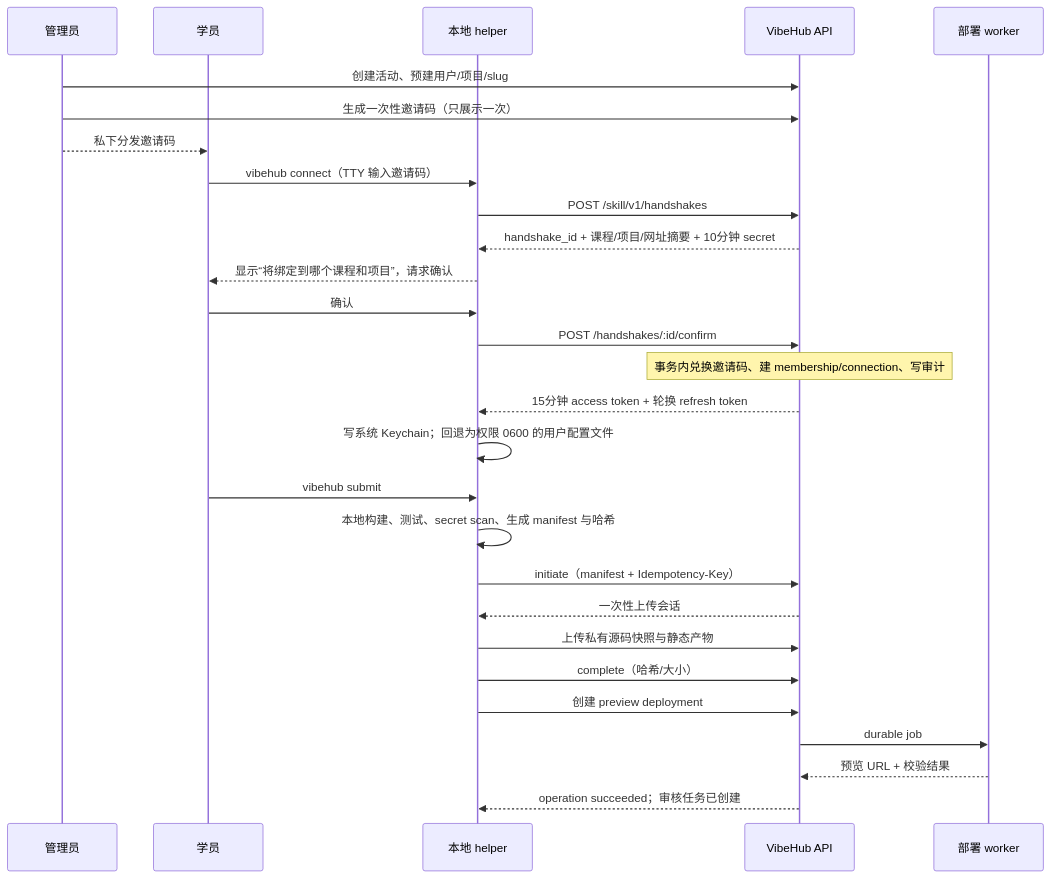
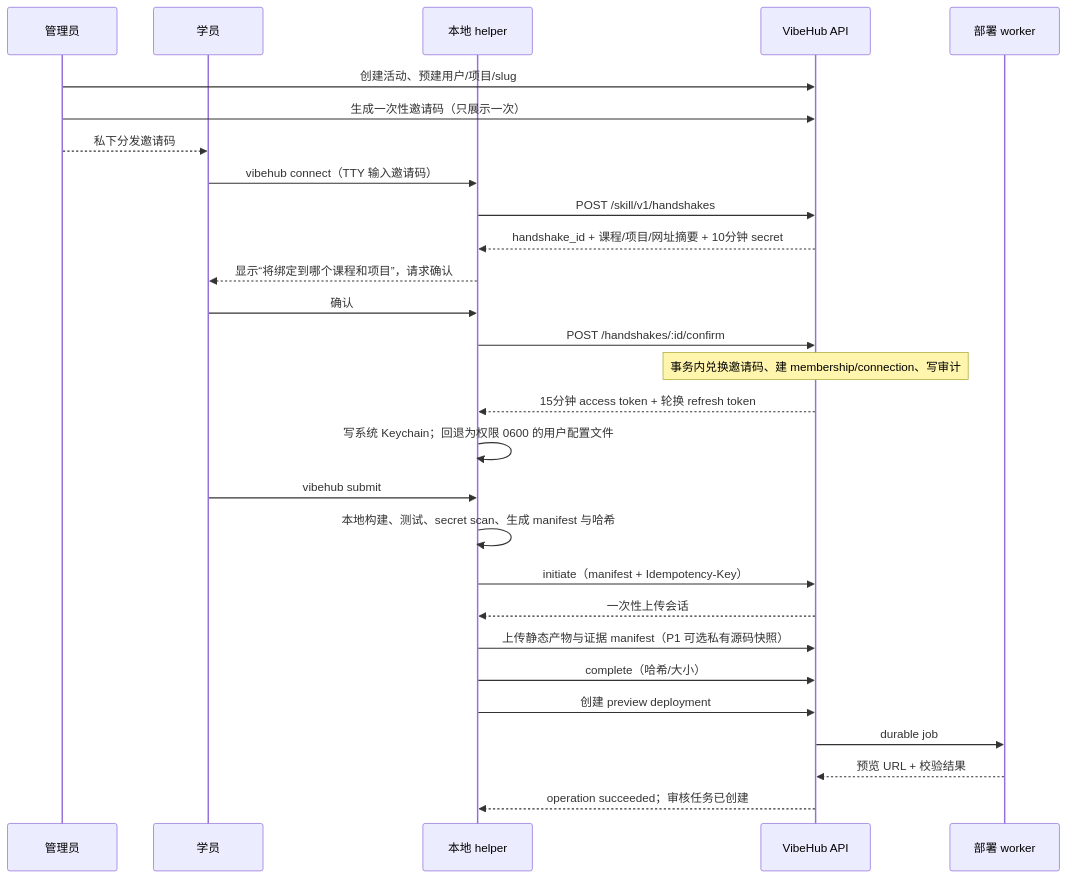
Before and after one commit to wangjialiang678/vibehub: the first of 2 diagrams in docs/research/codebase/architecture-proposal-codex-sol.md, drawn with Mermaid. The commit also changed other lines of this file and 23 other files, not shown here.

````diff
--- a/docs/research/codebase/architecture-proposal-codex-sol.md
+++ b/docs/research/codebase/architecture-proposal-codex-sol.md
@@ -403,32 +456,32 @@
 ```mermaid
 sequenceDiagram
     participant A as 管理员
     participant S as 学员
     participant H as 本地 helper
     participant P as VibeHub API
     participant W as 部署 worker
 
     A->>P: 创建活动、预建用户/项目/slug
     A->>P: 生成一次性邀请码（只展示一次）
     A-->>S: 私下分发邀请码
     S->>H: vibehub connect（TTY 输入邀请码）
     H->>P: POST /skill/v1/handshakes
     P-->>H: handshake_id + 课程/项目/网址摘要 + 10分钟 secret
     H-->>S: 显示“将绑定到哪个课程和项目”，请求确认
     S->>H: 确认
     H->>P: POST /handshakes/:id/confirm
     Note over P: 事务内兑换邀请码、建 membership/connection、写审计
     P-->>H: 15分钟 access token + 轮换 refresh token
     H->>H: 写系统 Keychain；回退为权限 0600 的用户配置文件
 
     S->>H: vibehub submit
     H->>H: 本地构建、测试、secret scan、生成 manifest 与哈希
     H->>P: initiate（manifest + Idempotency-Key）
     P-->>H: 一次性上传会话
-    H->>P: 上传私有源码快照与静态产物
+    H->>P: 上传静态产物与证据 manifest（P1 可选私有源码快照）
     H->>P: complete（哈希/大小）
     H->>P: 创建 preview deployment
     P->>W: durable job
     W-->>P: 预览 URL + 校验结果
     P-->>H: operation succeeded；审核任务已创建
 ```
````
